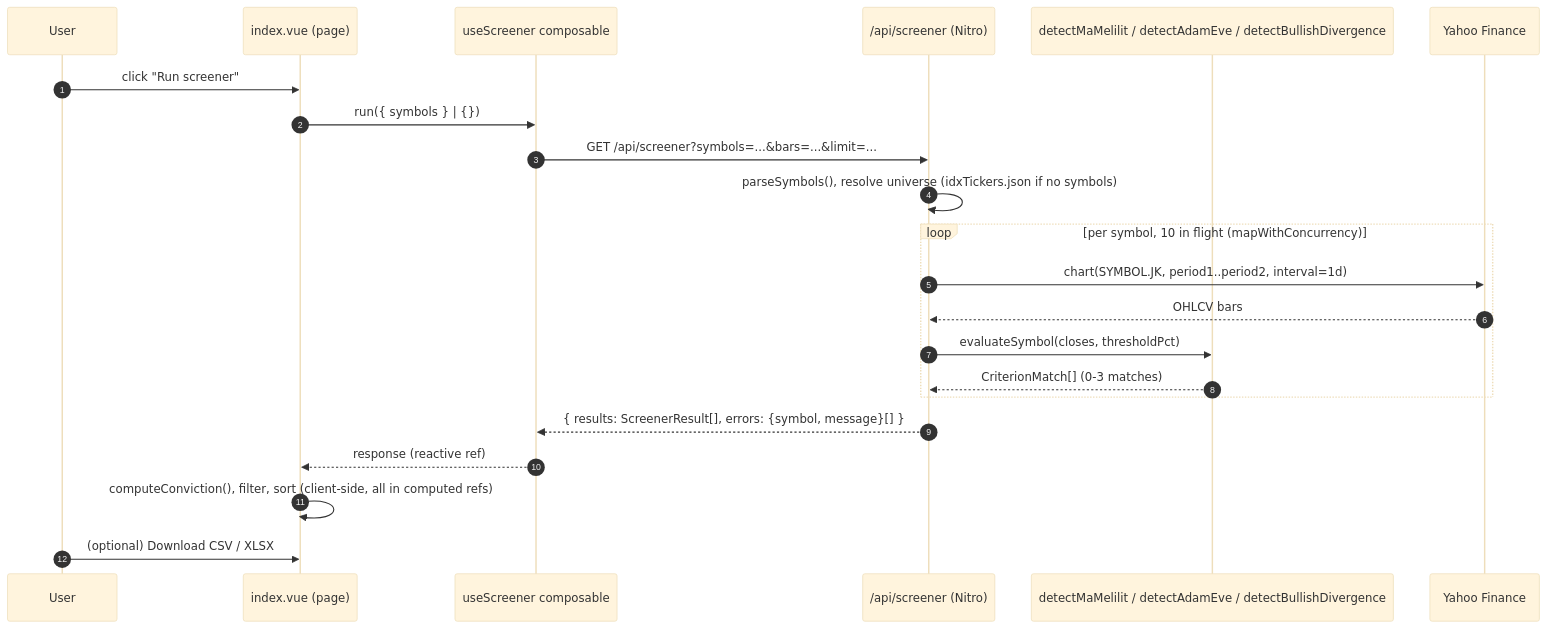
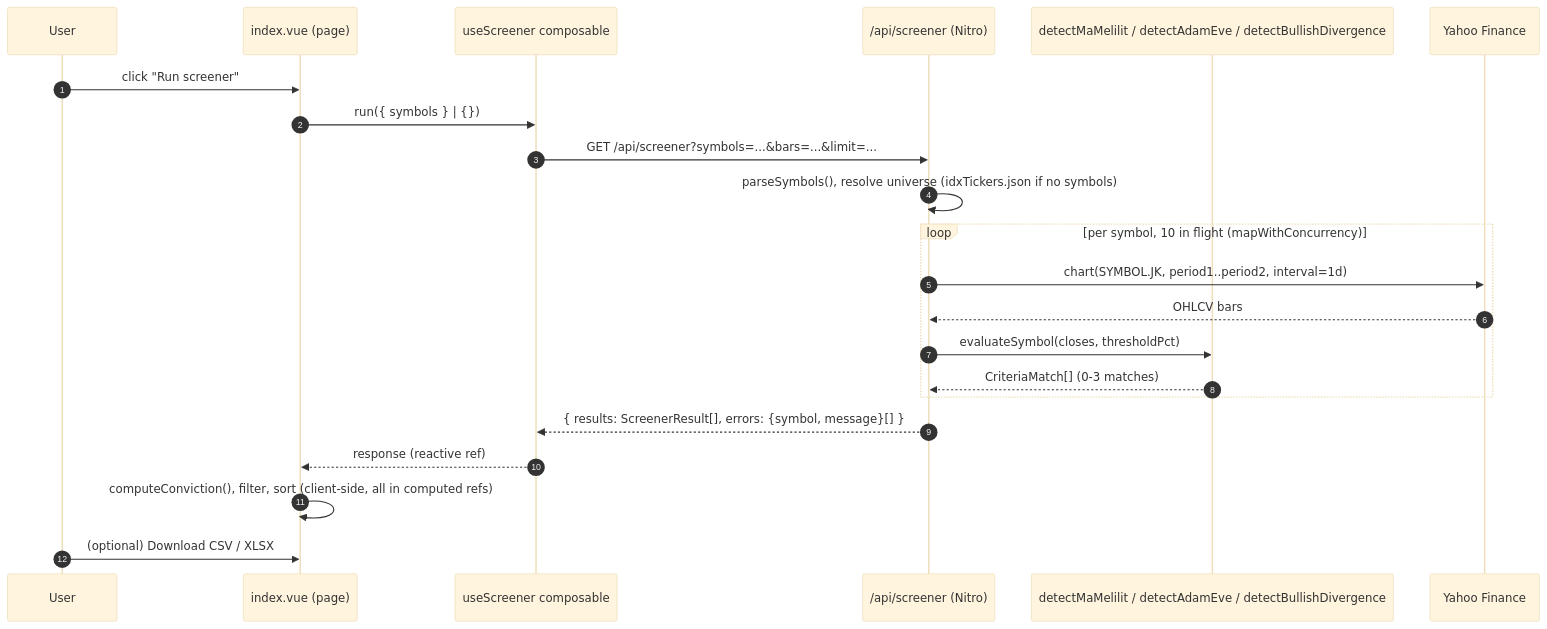
One commit to agestasaputra/idx-screener-app changed the diagram in docs/architecture/flows/screener/README.md. Above: the diagram before and after it, drawn with Mermaid (base theme). The commit also changed other lines of this file and 22 other files, not shown here.

````diff
--- a/docs/architecture/flows/screener/README.md
+++ b/docs/architecture/flows/screener/README.md
@@ -39,25 +39,25 @@
 ```mermaid
 sequenceDiagram
     autonumber
     participant U as User
     participant P as index.vue (page)
     participant C as useScreener composable
     participant API as /api/screener (Nitro)
     participant D as detectMaMelilit / detectAdamEve / detectBullishDivergence
     participant Y as Yahoo Finance
 
     U->>P: click "Run screener"
     P->>C: run({ symbols } | {})
     C->>API: GET /api/screener?symbols=...&bars=...&limit=...
     API->>API: parseSymbols(), resolve universe (idxTickers.json if no symbols)
     loop per symbol, 10 in flight (mapWithConcurrency)
         API->>Y: chart(SYMBOL.JK, period1..period2, interval=1d)
         Y-->>API: OHLCV bars
         API->>D: evaluateSymbol(closes, thresholdPct)
-        D-->>API: CriterionMatch[] (0-3 matches)
+        D-->>API: CriteriaMatch[] (0-3 matches)
     end
     API-->>C: { results: ScreenerResult[], errors: {symbol, message}[] }
     C-->>P: response (reactive ref)
     P->>P: computeConviction(), filter, sort (client-side, all in computed refs)
     U->>P: (optional) Download CSV / XLSX
 ```
````
